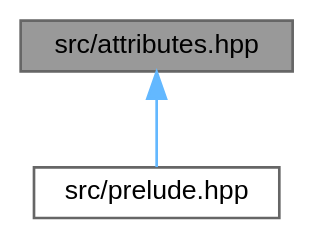
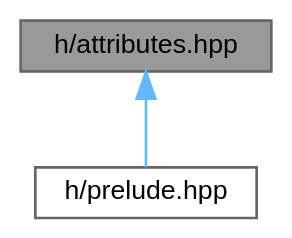
The diagram in d9/d54/attributes_8hpp__dep__incl.dot (ekmett/ein), drawn with Graphviz before and after one commit. The commit also changed 135 other files, not shown here.

```diff
--- a/d9/d54/attributes_8hpp__dep__incl.dot
+++ b/d9/d54/attributes_8hpp__dep__incl.dot
@@ -1,10 +1,10 @@
-digraph "src/attributes.hpp"
+digraph "h/attributes.hpp"
 {
  // LATEX_PDF_SIZE
   bgcolor="transparent";
   edge [fontname=Helvetica,fontsize=10,labelfontname=Helvetica,labelfontsize=10];
   node [fontname=Helvetica,fontsize=10,shape=box,height=0.2,width=0.4];
-  Node1 [id="Node000001",label="src/attributes.hpp",height=0.2,width=0.4,color="gray40", fillcolor="grey60", style="filled", fontcolor="black",tooltip="defines used to indicate useful attributes for the compiler"];
+  Node1 [id="Node000001",label="h/attributes.hpp",height=0.2,width=0.4,color="gray40", fillcolor="grey60", style="filled", fontcolor="black",tooltip="defines used to indicate useful attributes for the compiler"];
   Node1 -> Node2 [id="edge1_Node000001_Node000002",dir="back",color="steelblue1",style="solid",tooltip=" "];
-  Node2 [id="Node000002",label="src/prelude.hpp",height=0.2,width=0.4,color="grey40", fillcolor="white", style="filled",URL="$de/d13/prelude_8hpp.html",tooltip="precompiled header"];
+  Node2 [id="Node000002",label="h/prelude.hpp",height=0.2,width=0.4,color="grey40", fillcolor="white", style="filled",URL="$de/d13/prelude_8hpp.html",tooltip="precompiled header"];
 }
```
